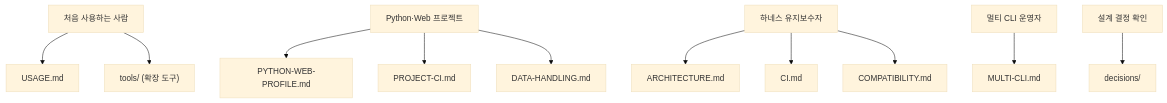
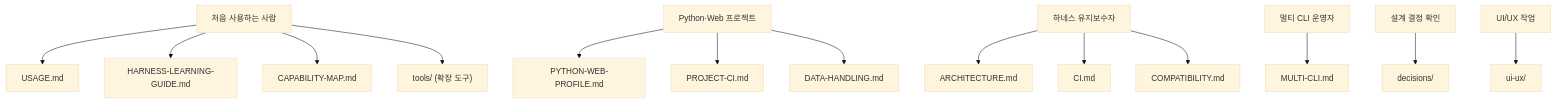
One commit to jomarusoup/Arachne changed the diagram in docs/README.md. Above: the diagram before and after it, drawn with Mermaid (base theme). The commit also changed other lines of this file and 48 other files, not shown here.

Commit message:
docs: expand harness capability guides

````diff
--- a/docs/README.md
+++ b/docs/README.md
@@ -22,13 +22,16 @@
 ```mermaid
 flowchart TD
     R["처음 사용하는 사람"] --> U["USAGE.md"]
+    R --> L["HARNESS-LEARNING-GUIDE.md"]
+    R --> CM["CAPABILITY-MAP.md"]
     R --> T["tools/ (확장 도구)"]
     P["Python·Web 프로젝트"] --> PW["PYTHON-WEB-PROFILE.md"]
     P --> PC["PROJECT-CI.md"]
     P --> DH["DATA-HANDLING.md"]
     M["하네스 유지보수자"] --> A["ARCHITECTURE.md"]
     M --> CI["CI.md"]
     M --> C["COMPATIBILITY.md"]
     S["멀티 CLI 운영자"] --> MC["MULTI-CLI.md"]
     D["설계 결정 확인"] --> ADR["decisions/"]
+    UX["UI/UX 작업"] --> UXD["ui-ux/"]
 ```
````
